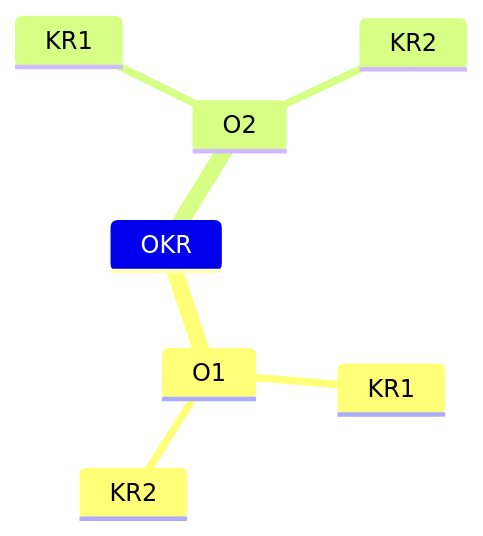
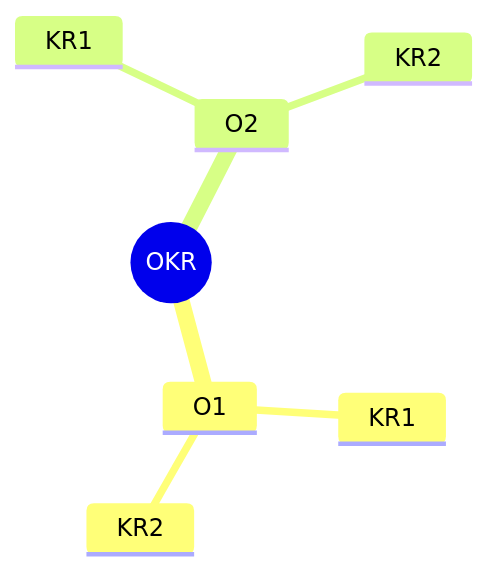
Before and after one commit to 0xcaffebabe/note: the diagram in doc/个人成长/OKR.md, drawn with Mermaid. The commit also changed 12 other files, not shown here.

First line of the commit message:
docs(mindmap): 统一思维导图根节点格式

````diff
--- a/doc/个人成长/OKR.md
+++ b/doc/个人成长/OKR.md
@@ -19,10 +19,10 @@
 ```mermaid
 mindmap
-  OKR
+  root((OKR))
     O1
       KR1
       KR2
     O2
       KR1
       KR2
 ```
````
